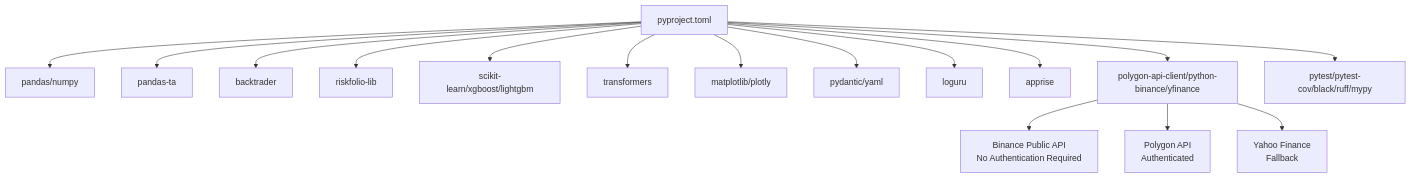
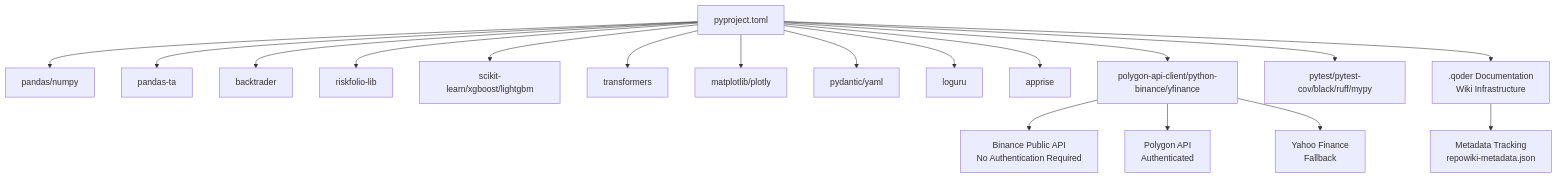
One commit to guofeng201507/shark-quant-trader changed the eighth of 8 diagrams in .qoder/repowiki/en/content/Development Guidelines.md. Above: the diagram before and after it, drawn with Mermaid. The commit also changed other lines of this file and 14 other files, not shown here.

Commit message:
Update project wiki: add Phase 5-7 documentation

````diff
--- a/.qoder/repowiki/en/content/Development Guidelines.md
+++ b/.qoder/repowiki/en/content/Development Guidelines.md
@@ -346,34 +572,38 @@
 ```mermaid
 graph TB
 PY["pyproject.toml"]
 PD["pandas/numpy"]
 TA["pandas-ta"]
 BT["backtrader"]
 RL["riskfolio-lib"]
 SK["scikit-learn/xgboost/lightgbm"]
 TR["transformers"]
 VIZ["matplotlib/plotly"]
 CFG["pydantic/yaml"]
 LOG["loguru"]
 AL["apprise"]
 API["polygon-api-client/python-binance/yfinance"]
 TEST["pytest/pytest-cov/black/ruff/mypy"]
 Binance["Binance Public API<br/>No Authentication Required"]
 Polygon["Polygon API<br/>Authenticated"]
 YF["Yahoo Finance<br/>Fallback"]
+QODER[".qoder Documentation<br/>Wiki Infrastructure"]
+META["Metadata Tracking<br/>repowiki-metadata.json"]
 API --> Binance
 API --> Polygon
 API --> YF
 PY --> PD
 PY --> TA
 PY --> BT
 PY --> RL
 PY --> SK
 PY --> TR
 PY --> VIZ
 PY --> CFG
 PY --> LOG
 PY --> AL
 PY --> API
 PY --> TEST
+PY --> QODER
+QODER --> META
 ```
````
